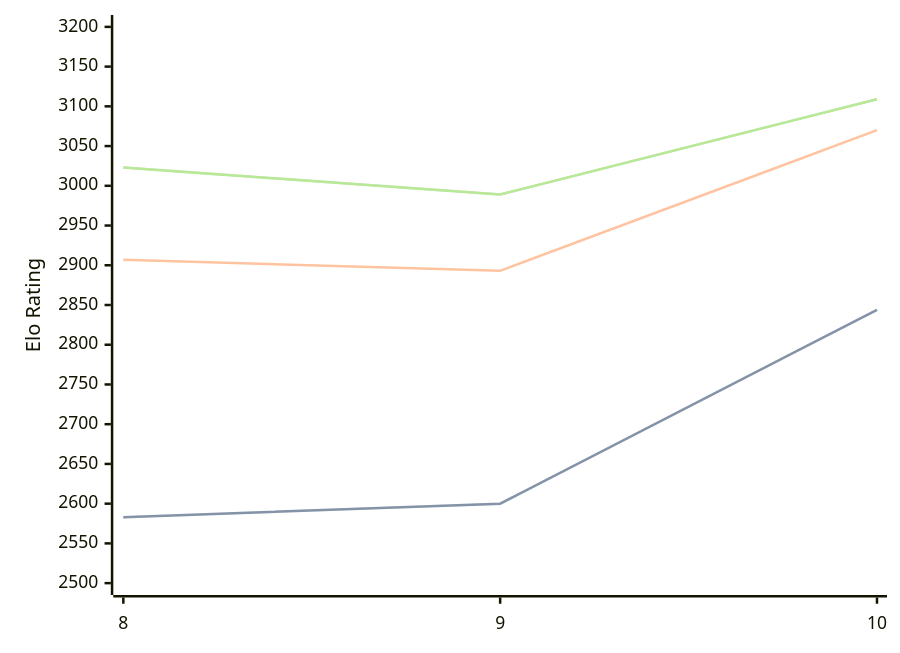
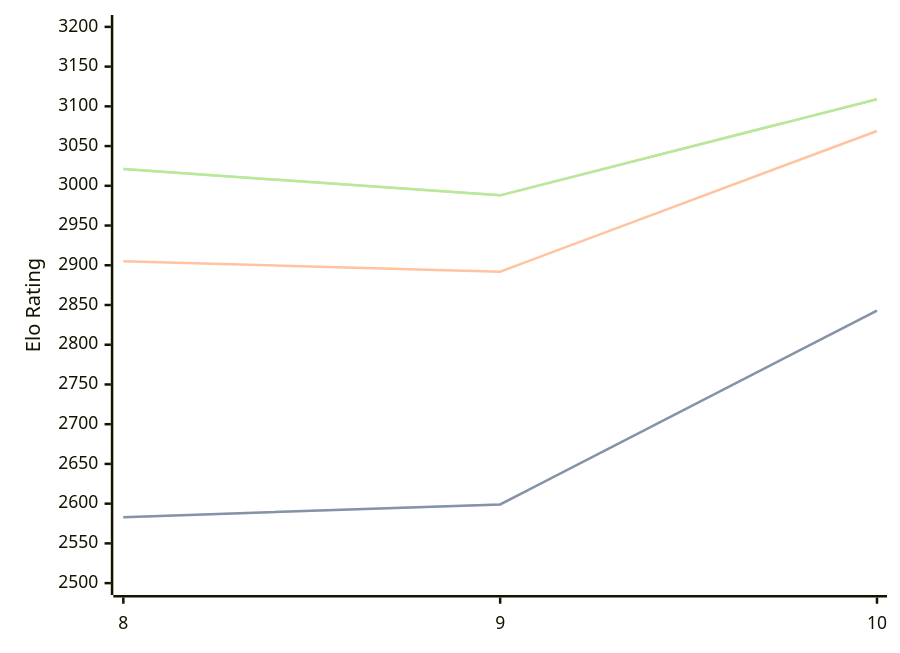
Before and after one commit to computer-chess-index/cci: the diagram in engines/Lozza.md, drawn with Mermaid. The commit also changed other lines of this file, not shown here.

Commit message:
Update CCI Ratings (ELO VLTC) - 2026-08-04

````diff
--- a/engines/Lozza.md
+++ b/engines/Lozza.md
@@ -41,11 +41,11 @@
 ```mermaid
 %%{init: {"theme":"base","themeVariables":{"seriesColors:['#a3a3a3','#222221','#faa371']}}}%%
 xychart-beta
   x-axis ["8", "9", "10"]
   y-axis "Elo Rating" 2500 --> 3200
-  line "STC (8.0+0.08s)" [2583, 2600, 2844]
-  line "STC (8.0+0.08s)" [2583, 2600, 2844]
-  line "LTC (60.0+0.60s)" [2907, 2893, 3070]
-  line "VLTC (2m24s+1.12s)" [3023, 2989, 3109]
-  line "VLTC (2m24s+1.12s)" [3023, 2989, 3109]
+  line "STC (8.0+0.08s)" [2583, 2599, 2843]
+  line "STC (8.0+0.08s)" [2583, 2599, 2843]
+  line "LTC (60.0+0.60s)" [2905, 2892, 3069]
+  line "VLTC (2m24s+1.12s)" [3021, 2988, 3109]
+  line "VLTC (2m24s+1.12s)" [3021, 2988, 3109]
 ```
````
